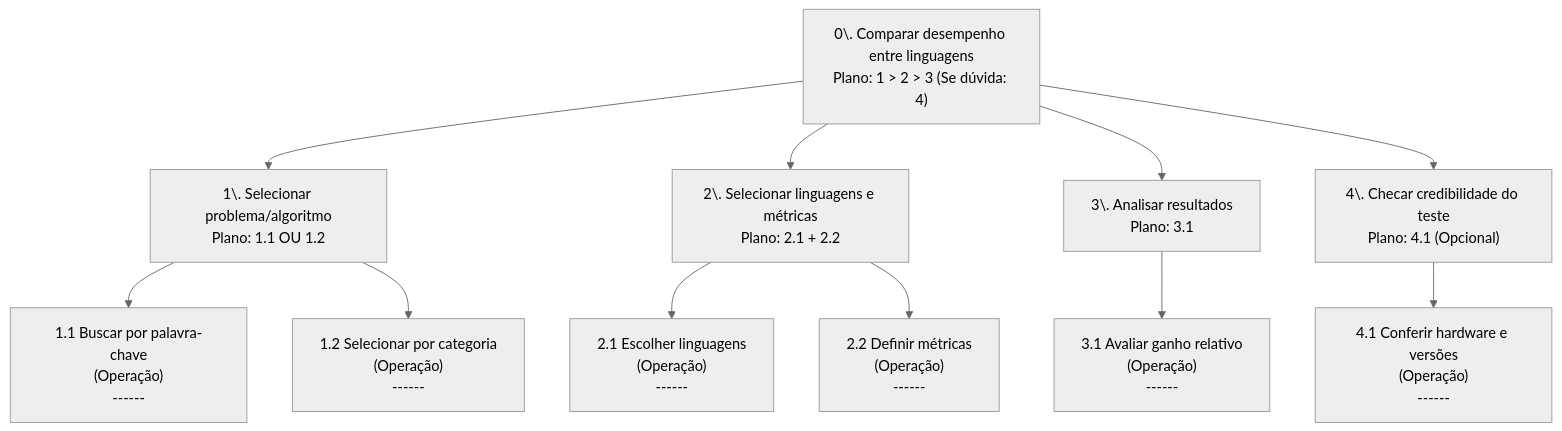
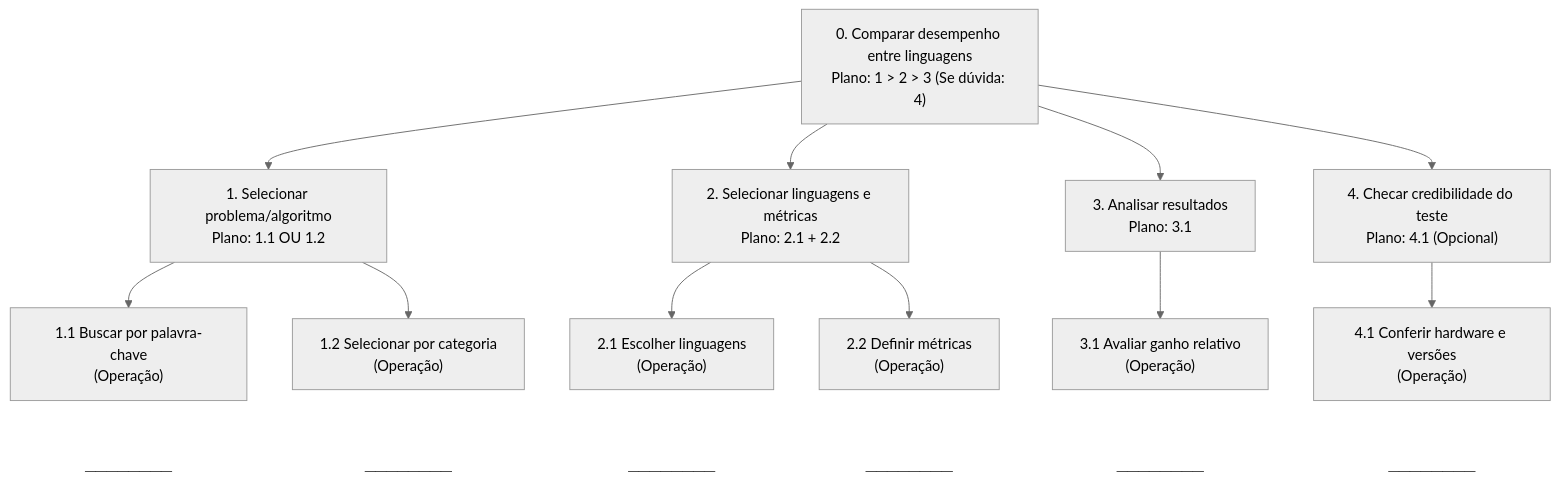
The diagram in docs/05_analise_tarefas.md (augustotx/ihc2026), drawn with Mermaid (neutral theme) before and after one commit.

````diff
--- a/docs/05_analise_tarefas.md
+++ b/docs/05_analise_tarefas.md
@@ -52,27 +52,48 @@
 ```mermaid
 graph TD
-    N0["0\. Comparar desempenho entre linguagens<br />Plano: 1 &gt; 2 &gt; 3 (Se dúvida: 4)"]
-    N1["1\. Selecionar problema/algoritmo<br />Plano: 1.1 OU 1.2"]
-    N2["2\. Selecionar linguagens e métricas<br />Plano: 2.1 + 2.2"]
-    N3["3\. Analisar resultados<br />Plano: 3.1"]
-    N4["4\. Checar credibilidade do teste<br />Plano: 4.1 (Opcional)"]
+    N0["0. Comparar desempenho entre linguagens<br />Plano: 1 > 2 > 3 (Se dúvida: 4)"]
+    N1["1. Selecionar problema/algoritmo<br />Plano: 1.1 OU 1.2"]
+    N2["2. Selecionar linguagens e métricas<br />Plano: 2.1 + 2.2"]
+    N3["3. Analisar resultados<br />Plano: 3.1"]
+    N4["4. Checar credibilidade do teste<br />Plano: 4.1 (Opcional)"]
 
-    N1_1["<div><div>1.1 Buscar por palavra-chave<br />(Operação)</div><div>------</div></div>"]
-    N1_2["<div><div>1.2 Selecionar por categoria<br />(Operação)</div><div>------</div></div>"]
-    N2_1["<div><div>2.1 Escolher linguagens<br />(Operação)</div><div>------</div></div>"]
-    N2_2["<div><div>2.2 Definir métricas<br />(Operação)</div><div>------</div></div>"]
-    N3_1["<div><div>3.1 Avaliar ganho relativo<br />(Operação)</div><div>------</div></div>"]
-    N4_1["<div><div>4.1 Conferir hardware e versões<br />(Operação)</div><div>------</div></div>"]
+    N1_1["<div>1.1 Buscar por palavra-chave<br />(Operação)</div>"]
+    N1_2["<div>1.2 Selecionar por categoria<br />(Operação)</div>"]
+    N2_1["<div>2.1 Escolher linguagens<br />(Operação)</div>"]
+    N2_2["<div>2.2 Definir métricas<br />(Operação)</div>"]
+    N3_1["<div>3.1 Avaliar ganho relativo<br />(Operação)</div>"]
+    N4_1["<div>4.1 Conferir hardware e versões<br />(Operação)</div>"]
+
+    N1_1_L["────────"]
+    N1_2_L["────────"]
+    N2_1_L["────────"]
+    N2_2_L["────────"]
+    N3_1_L["────────"]
+    N4_1_L["────────"]
 
     N0 --> N1
     N0 --> N2
     N0 --> N3
     N0 --> N4
 
     N1 --> N1_1
     N1 --> N1_2
     N2 --> N2_1
     N2 --> N2_2
     N3 --> N3_1
     N4 --> N4_1
+
+    N1_1 ~~~ N1_1_L
+    N1_2 ~~~ N1_2_L
+    N2_1 ~~~ N2_1_L
+    N2_2 ~~~ N2_2_L
+    N3_1 ~~~ N3_1_L
+    N4_1 ~~~ N4_1_L
+
+    style N1_1_L fill:none,stroke:none,color:#333
+    style N1_2_L fill:none,stroke:none,color:#333
+    style N2_1_L fill:none,stroke:none,color:#333
+    style N2_2_L fill:none,stroke:none,color:#333
+    style N3_1_L fill:none,stroke:none,color:#333
+    style N4_1_L fill:none,stroke:none,color:#333
 ```
````
